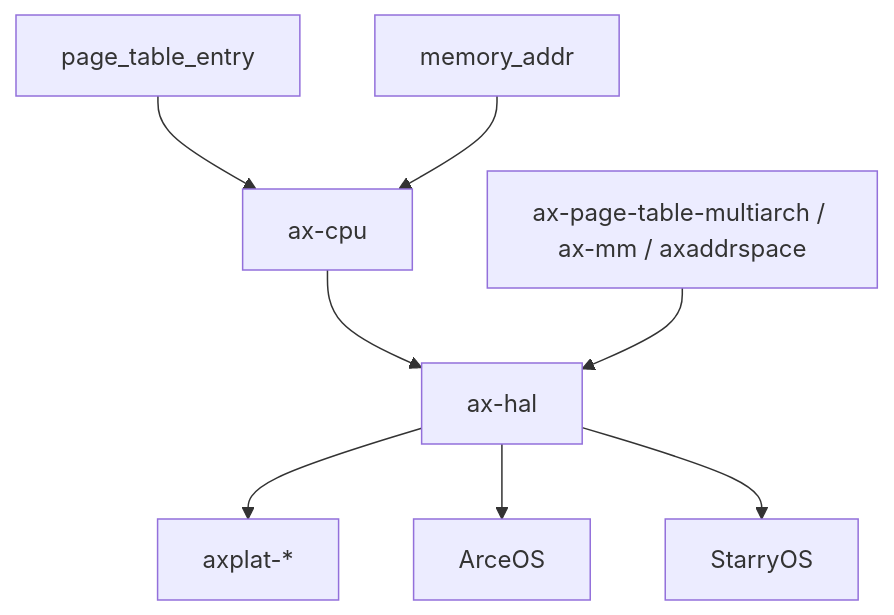
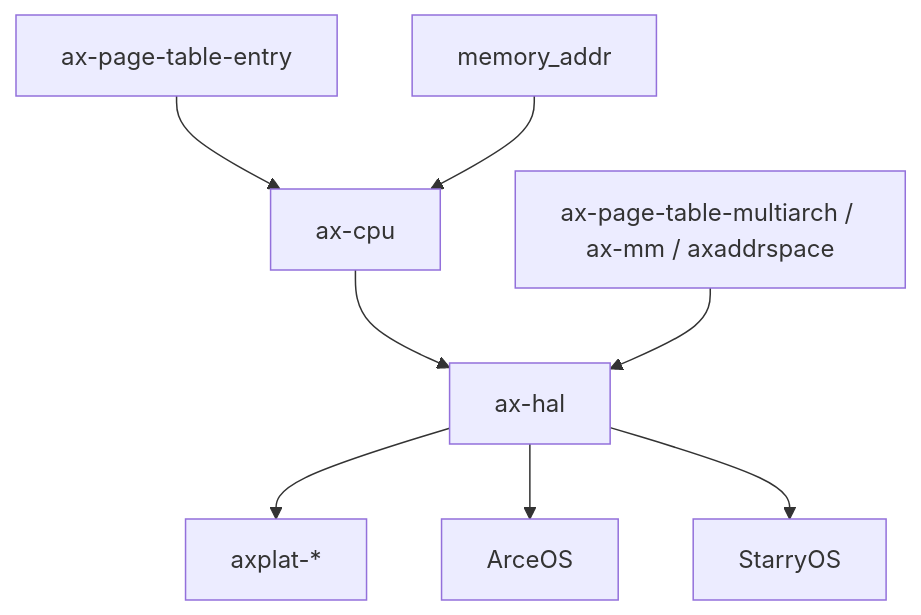
One commit to rcore-os/tgoskits changed the diagram in docs/crates/ax-cpu.md. Above: the diagram before and after it, drawn with Mermaid. The commit also changed other lines of this file and 62 other files, not shown here.

Commit message:
rename page_table_entry to ax-page-table-entry

````diff
--- a/docs/crates/ax-cpu.md
+++ b/docs/crates/ax-cpu.md
@@ -187,10 +187,10 @@
 ```mermaid
 graph TD
-    A[page_table_entry] --> B[ax-cpu]
+    A[ax-page-table-entry] --> B[ax-cpu]
     C[memory_addr] --> B
     B --> D[ax-hal]
     D --> E[axplat-*]
     D --> F[ArceOS]
     D --> G[StarryOS]
     H[ax-page-table-multiarch / ax-mm / axaddrspace] --> D
 ```
````
